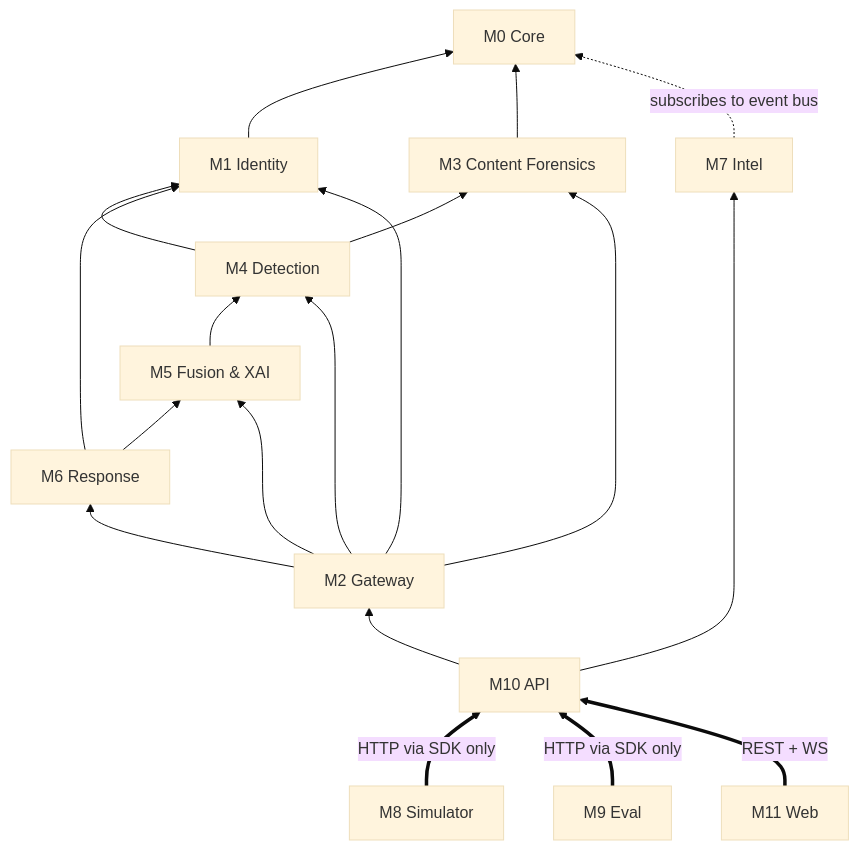
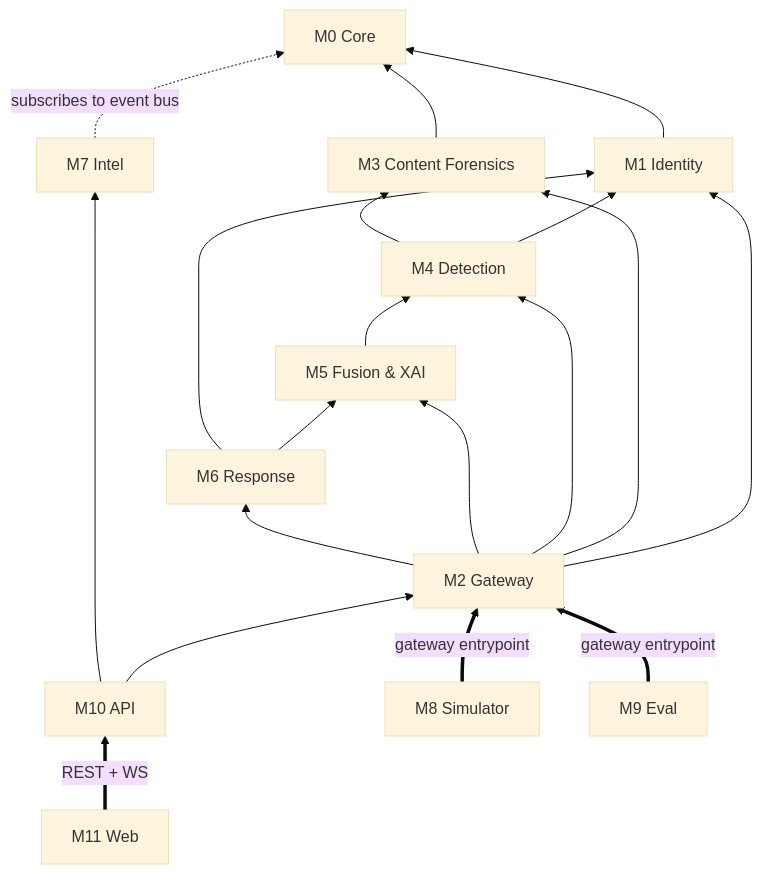
The first of 3 diagrams in ARCHITECTURE.md (SaTyAbHr2005/ThreatLens-AI), drawn with Mermaid (base theme) before and after one commit. The commit also changed other lines of this file and 14 other files, not shown here.

````diff
--- a/ARCHITECTURE.md
+++ b/ARCHITECTURE.md
@@ -55,22 +55,22 @@
 ```mermaid
 flowchart BT
     M0[M0 Core]
     M1[M1 Identity] --> M0
     M3[M3 Content Forensics] --> M0
     M4[M4 Detection] --> M1
     M4 --> M3
     M5[M5 Fusion & XAI] --> M4
     M6[M6 Response] --> M5
     M6 --> M1
     M2[M2 Gateway] --> M1
     M2 --> M3
     M2 --> M4
     M2 --> M5
     M2 --> M6
     M7[M7 Intel] -.->|subscribes to event bus| M0
     M10[M10 API] --> M2
     M10 --> M7
-    M8[M8 Simulator] ==>|HTTP via SDK only| M10
-    M9[M9 Eval] ==>|HTTP via SDK only| M10
+    M8[M8 Simulator] ==>|gateway entrypoint| M2
+    M9[M9 Eval] ==>|gateway entrypoint| M2
     M11[M11 Web] ==>|REST + WS| M10
 ```
````
